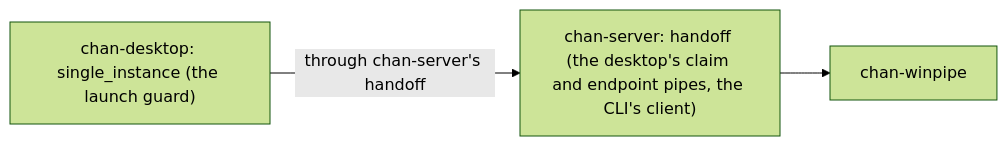
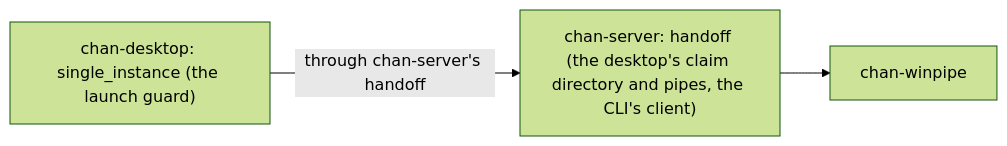
One commit to fiorix/chan changed the diagram in crates/chan-winpipe/design.md. Above: the diagram before and after it, drawn with Mermaid (forest theme). The commit also changed other lines of this file and 12 other files, not shown here.

First line of the commit message:
fix(desktop): lock the Windows instance claim in the profile

````diff
--- a/crates/chan-winpipe/design.md
+++ b/crates/chan-winpipe/design.md
@@ -7,8 +7,8 @@
 ```mermaid
 flowchart LR
   Wp["chan-winpipe"]
-  Handoff["chan-server: handoff (the desktop's claim and endpoint pipes, the CLI's client)"]
+  Handoff["chan-server: handoff (the desktop's claim directory and pipes, the CLI's client)"]
   Desktop["chan-desktop: single_instance (the launch guard)"]
   Handoff --> Wp
   Desktop -->|"through chan-server's handoff"| Handoff
 ```
````
